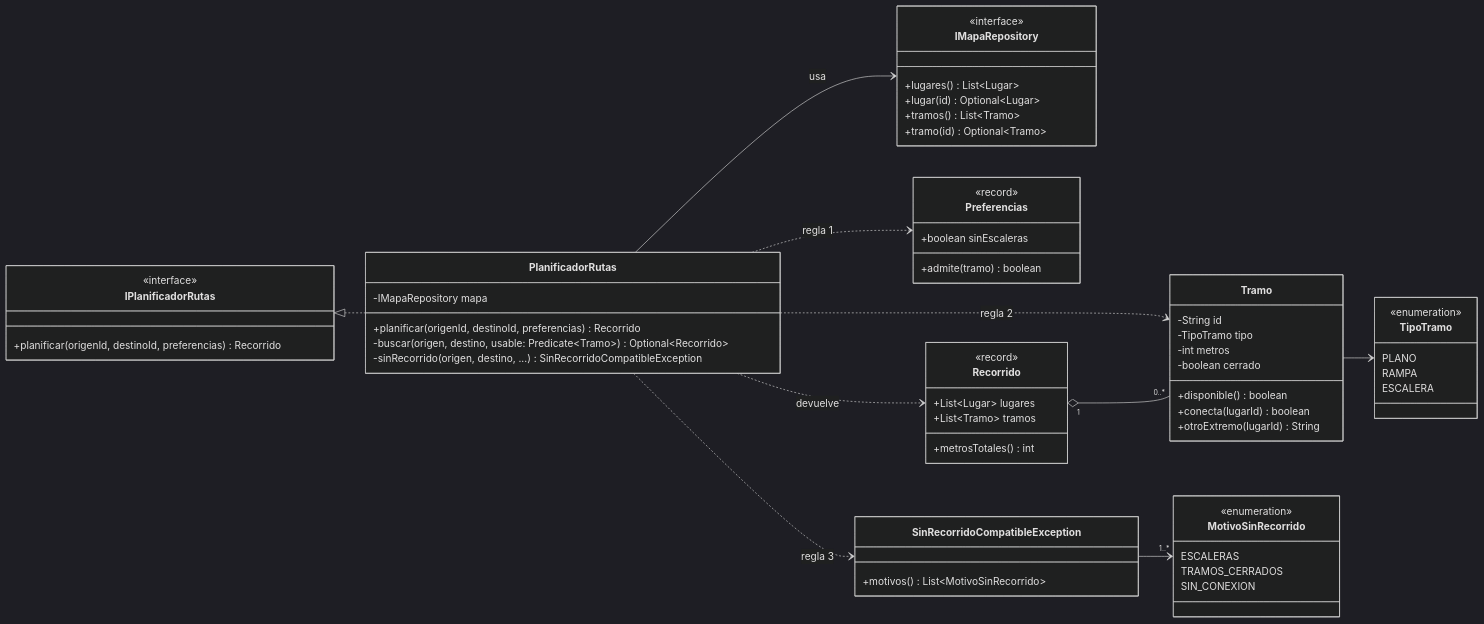
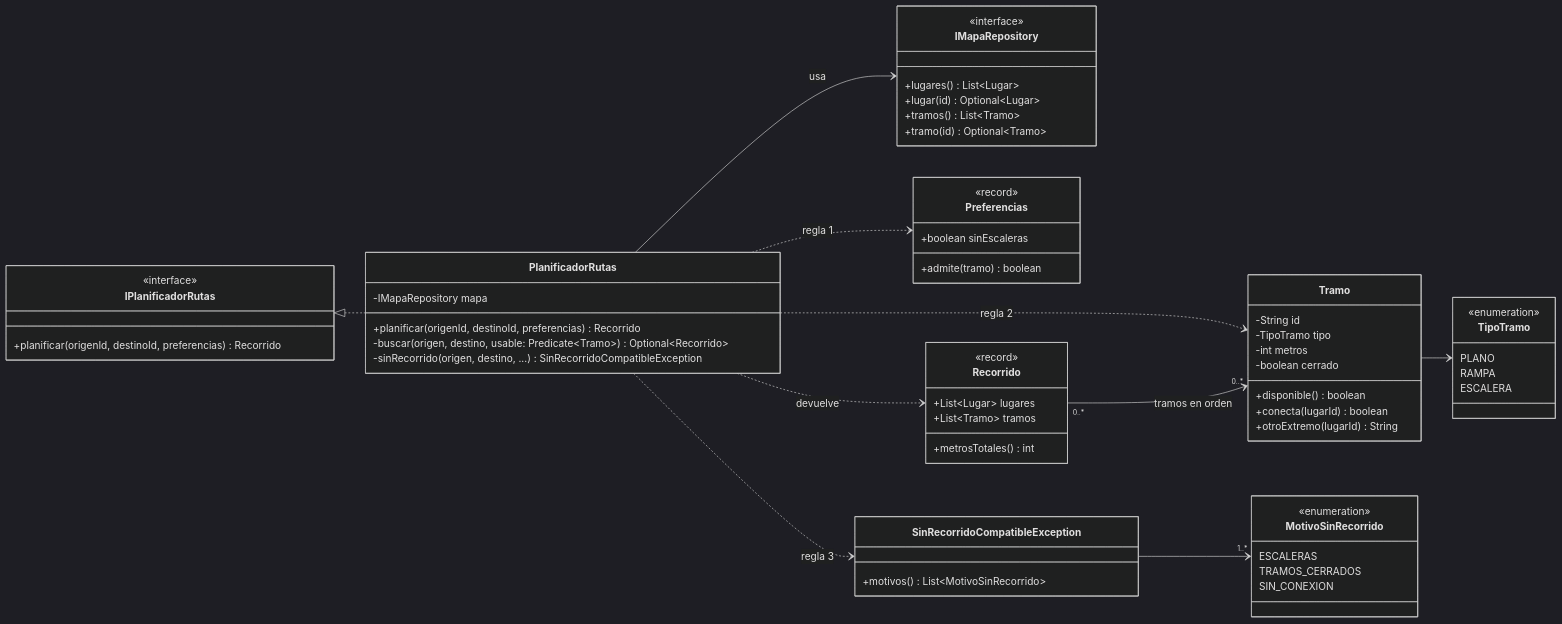
The diagram in docs/arquitectura/nivel4-codigo.md (L4RV0/campus-accesible), drawn with Mermaid (dark theme) before and after one commit. The commit also changed other lines of this file and 3 other files, not shown here.

````diff
--- a/docs/arquitectura/nivel4-codigo.md
+++ b/docs/arquitectura/nivel4-codigo.md
@@ -5,75 +5,75 @@
 ```mermaid
 classDiagram
     direction LR
 
     class IPlanificadorRutas {
         <<interface>>
         +planificar(origenId, destinoId, preferencias) Recorrido
     }
 
     class PlanificadorRutas {
         -IMapaRepository mapa
         +planificar(origenId, destinoId, preferencias) Recorrido
         -buscar(origen, destino, usable: Predicate~Tramo~) Optional~Recorrido~
         -sinRecorrido(origen, destino, ...) SinRecorridoCompatibleException
     }
 
     class IMapaRepository {
         <<interface>>
         +lugares() List~Lugar~
         +lugar(id) Optional~Lugar~
         +tramos() List~Tramo~
         +tramo(id) Optional~Tramo~
     }
 
     class Preferencias {
         <<record>>
         +boolean sinEscaleras
         +admite(tramo) boolean
     }
 
     class Tramo {
         -String id
         -TipoTramo tipo
         -int metros
         -boolean cerrado
         +disponible() boolean
         +conecta(lugarId) boolean
         +otroExtremo(lugarId) String
     }
 
     class TipoTramo {
         <<enumeration>>
         PLANO
         RAMPA
         ESCALERA
     }
 
     class Recorrido {
         <<record>>
         +List~Lugar~ lugares
         +List~Tramo~ tramos
         +metrosTotales() int
     }
 
     class SinRecorridoCompatibleException {
         +motivos() List~MotivoSinRecorrido~
     }
 
     class MotivoSinRecorrido {
         <<enumeration>>
         ESCALERAS
         TRAMOS_CERRADOS
         SIN_CONEXION
     }
 
     IPlanificadorRutas <|.. PlanificadorRutas
     PlanificadorRutas --> IMapaRepository : usa
     PlanificadorRutas ..> Preferencias : regla 1
     PlanificadorRutas ..> Tramo : regla 2
     PlanificadorRutas ..> Recorrido : devuelve
     PlanificadorRutas ..> SinRecorridoCompatibleException : regla 3
     Tramo --> TipoTramo
-    Recorrido "1" o-- "0..*" Tramo
+    Recorrido "0..*" --> "0..*" Tramo : tramos en orden
     SinRecorridoCompatibleException --> "1..*" MotivoSinRecorrido
 ```
````
